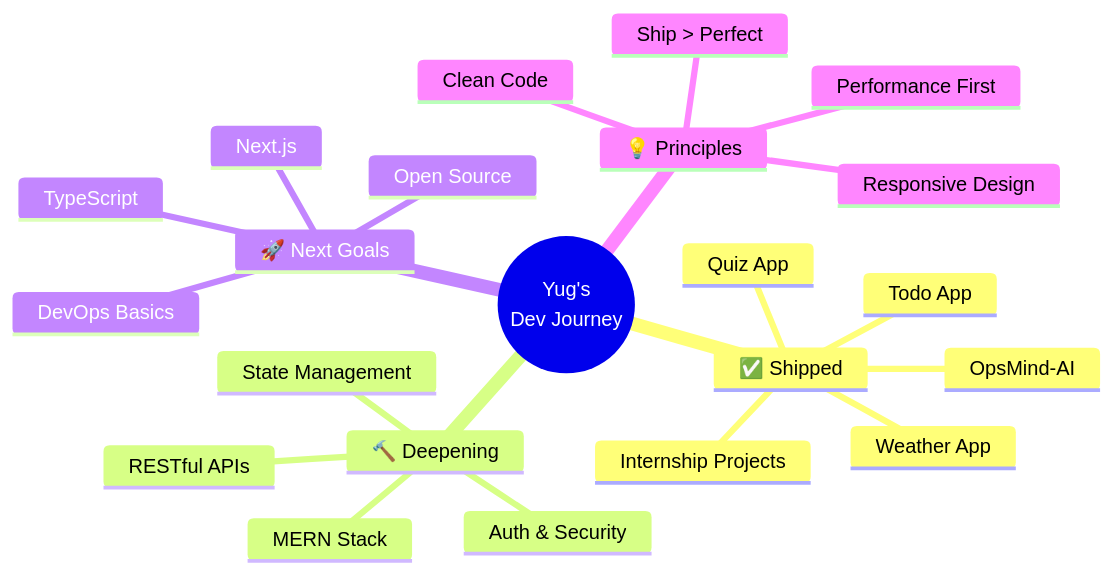
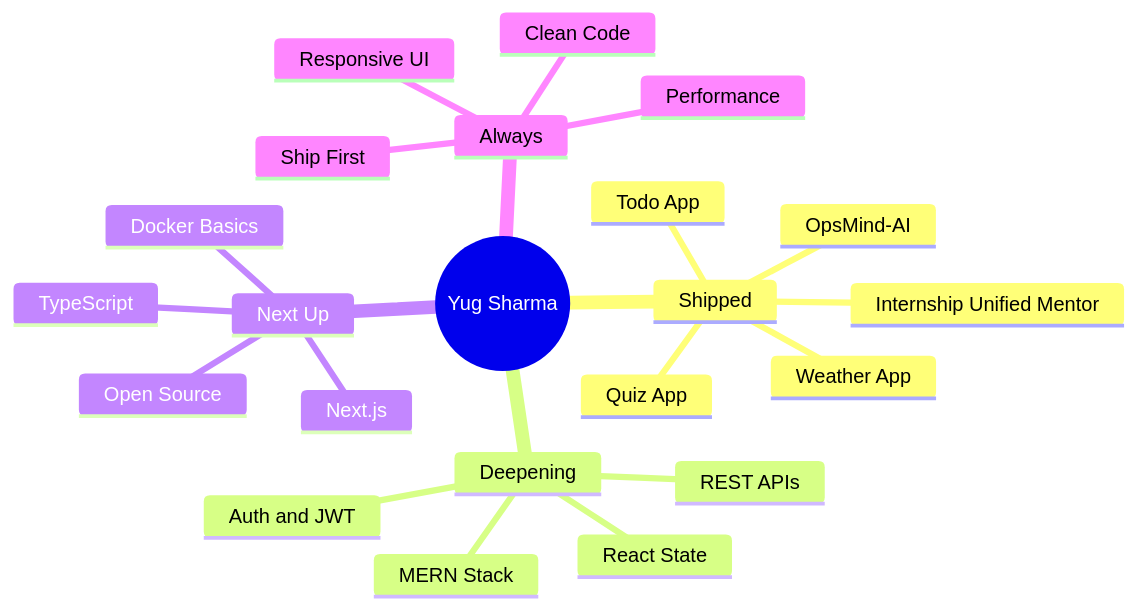
The diagram in README.md (yug-void-dev/yug-void-dev), drawn with Mermaid before and after one commit. The commit also changed other lines of this file, not shown here.

````diff
--- a/README.md
+++ b/README.md
@@ -283,25 +317,25 @@
 ```mermaid
 mindmap
-  root((Yug's<br/>Dev Journey))
-    ✅ Shipped
+  root((Yug Sharma))
+    Shipped
       OpsMind-AI
       Weather App
       Quiz App
       Todo App
-      Internship Projects
-    🔨 Deepening
+      Internship Unified Mentor
+    Deepening
       MERN Stack
-      RESTful APIs
-      Auth & Security
-      State Management
-    🚀 Next Goals
+      REST APIs
+      Auth and JWT
+      React State
+    Next Up
       TypeScript
       Next.js
       Open Source
-      DevOps Basics
-    💡 Principles
+      Docker Basics
+    Always
       Clean Code
-      Responsive Design
-      Performance First
-      Ship > Perfect
+      Ship First
+      Responsive UI
+      Performance
 ```
````
